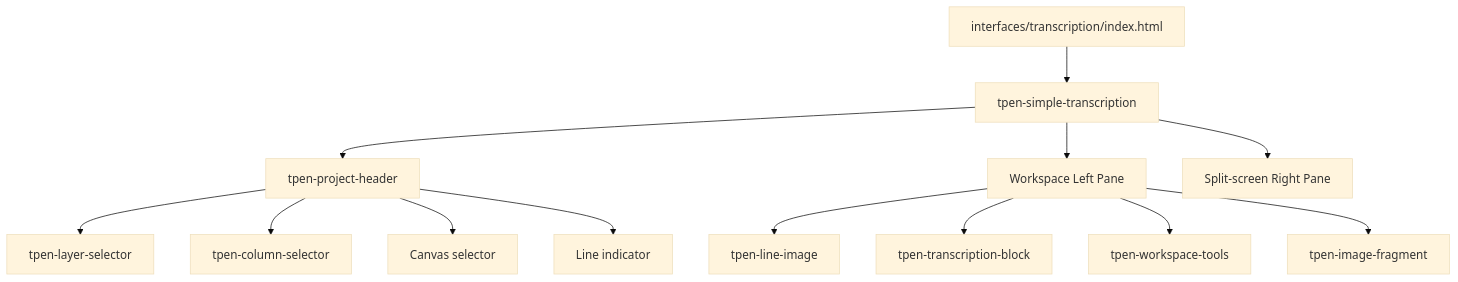
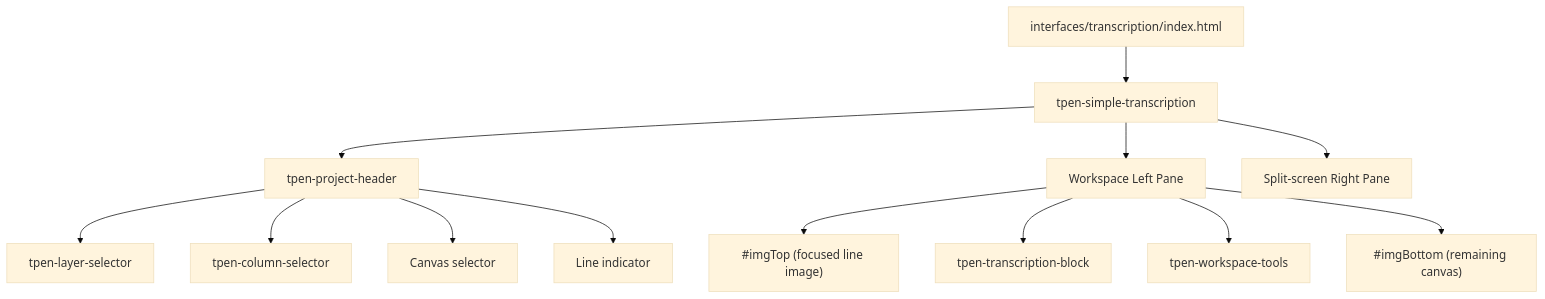
The first of 3 diagrams in components/simple-transcription/DIAGRAMS.md (CenterForDigitalHumanities/TPEN-interfaces), drawn with Mermaid (base theme) before and after one commit. The commit also changed other lines of this file and 1 other file, not shown here.

First line of the commit message:
Clarify image ownership and transcription roles

````diff
--- a/components/simple-transcription/DIAGRAMS.md
+++ b/components/simple-transcription/DIAGRAMS.md
@@ -7,18 +7,18 @@
 ```mermaid
 flowchart TD
     A[interfaces/transcription/index.html] --> B[tpen-simple-transcription]
 
     B --> C[tpen-project-header]
     B --> D[Workspace Left Pane]
     B --> E[Split-screen Right Pane]
 
     C --> C1[tpen-layer-selector]
     C --> C2[tpen-column-selector]
     C --> C3[Canvas selector]
     C --> C4[Line indicator]
 
-    D --> D1[tpen-line-image]
+    D --> D1["#imgTop (focused line image)"]
     D --> D2[tpen-transcription-block]
     D --> D3[tpen-workspace-tools]
-    D --> D4[tpen-image-fragment]
+    D --> D4["#imgBottom (remaining canvas)"]
 ```
````
